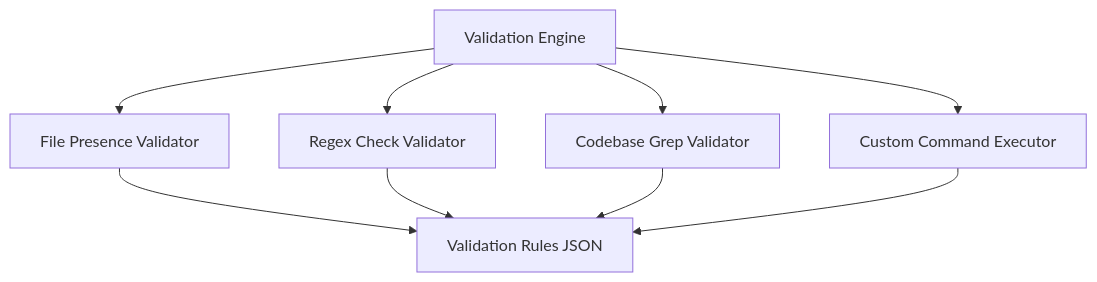
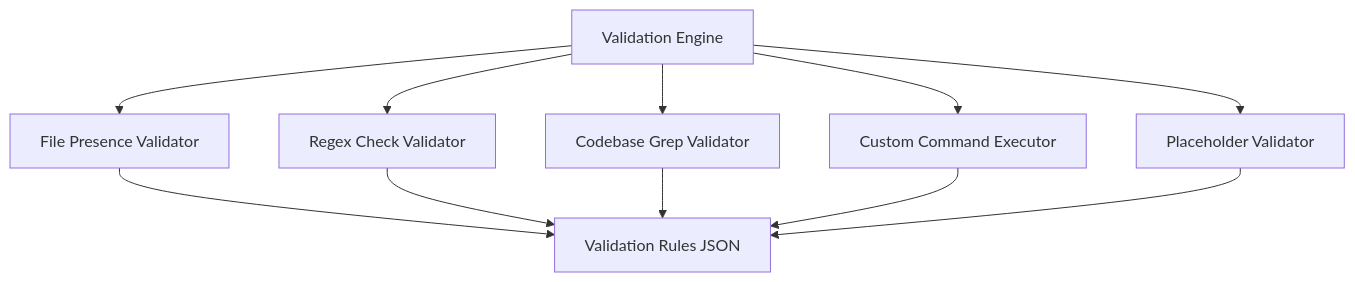
One commit to andrewhopper/watchman-ai changed the first of 3 diagrams in readme.md. Above: the diagram before and after it, drawn with Mermaid. The commit also changed other lines of this file and 2 other files, not shown here.

````diff
--- a/readme.md
+++ b/readme.md
@@ -31,11 +45,13 @@
 ```mermaid
 graph TD;
     A[Validation Engine] --> B[File Presence Validator];
     A --> C[Regex Check Validator];
     A --> D[Codebase Grep Validator];
     A --> E[Custom Command Executor];
+    A --> G[Placeholder Validator];
     B --> F[Validation Rules JSON];
     C --> F;
     D --> F;
     E --> F;
+    G --> F;
 ```
````
